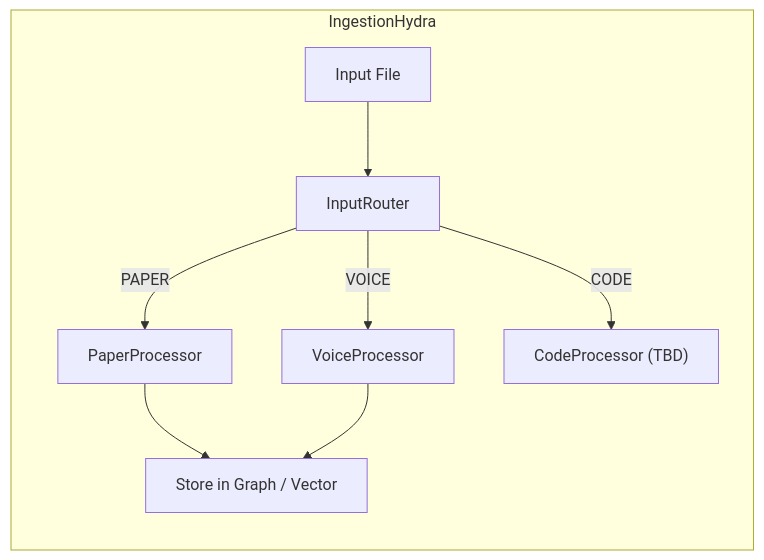
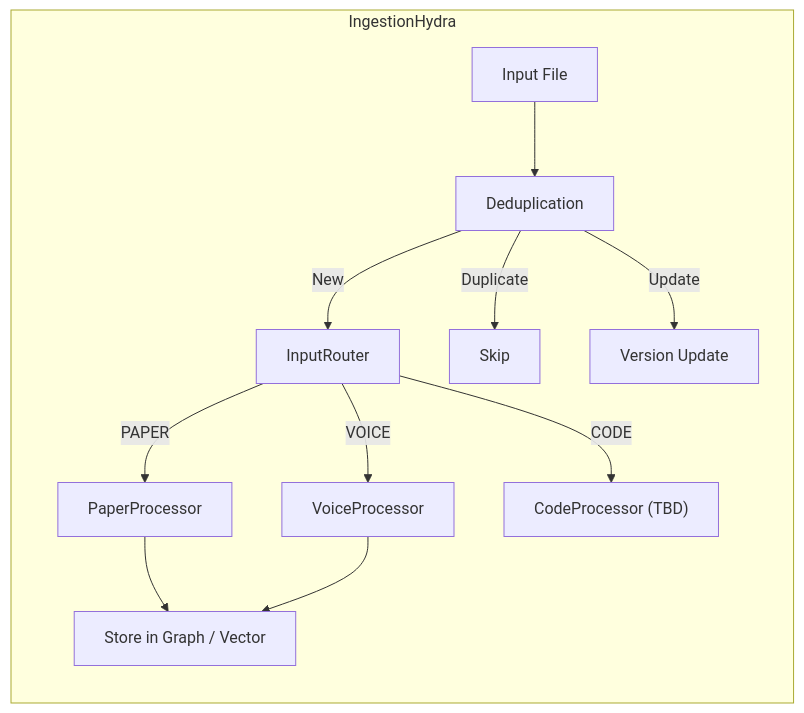
Before and after one commit to ISHAAN10082/research-os: the diagram in docs/workflows/ingestion_workflow.md, drawn with Mermaid. The commit also changed other lines of this file and 38 other files, not shown here.

````diff
--- a/docs/workflows/ingestion_workflow.md
+++ b/docs/workflows/ingestion_workflow.md
@@ -10,11 +10,14 @@
 ```mermaid
 flowchart LR
     subgraph "IngestionHydra"
-        I["Input File"] --> R["InputRouter"]
+        I["Input File"] --> D["Deduplication"]
+        D -->|New| R["InputRouter"]
+        D -->|Duplicate| S["Skip"]
+        D -->|Update| U["Version Update"]
         R -->|PAPER| PP["PaperProcessor"]
         R -->|VOICE| VP["VoiceProcessor"]
         R -->|CODE| CP["CodeProcessor (TBD)"]
-        PP --> S["Store in Graph / Vector"]
-        VP --> S
+        PP --> S2["Store in Graph / Vector"]
+        VP --> S2
     end
 ```
````
